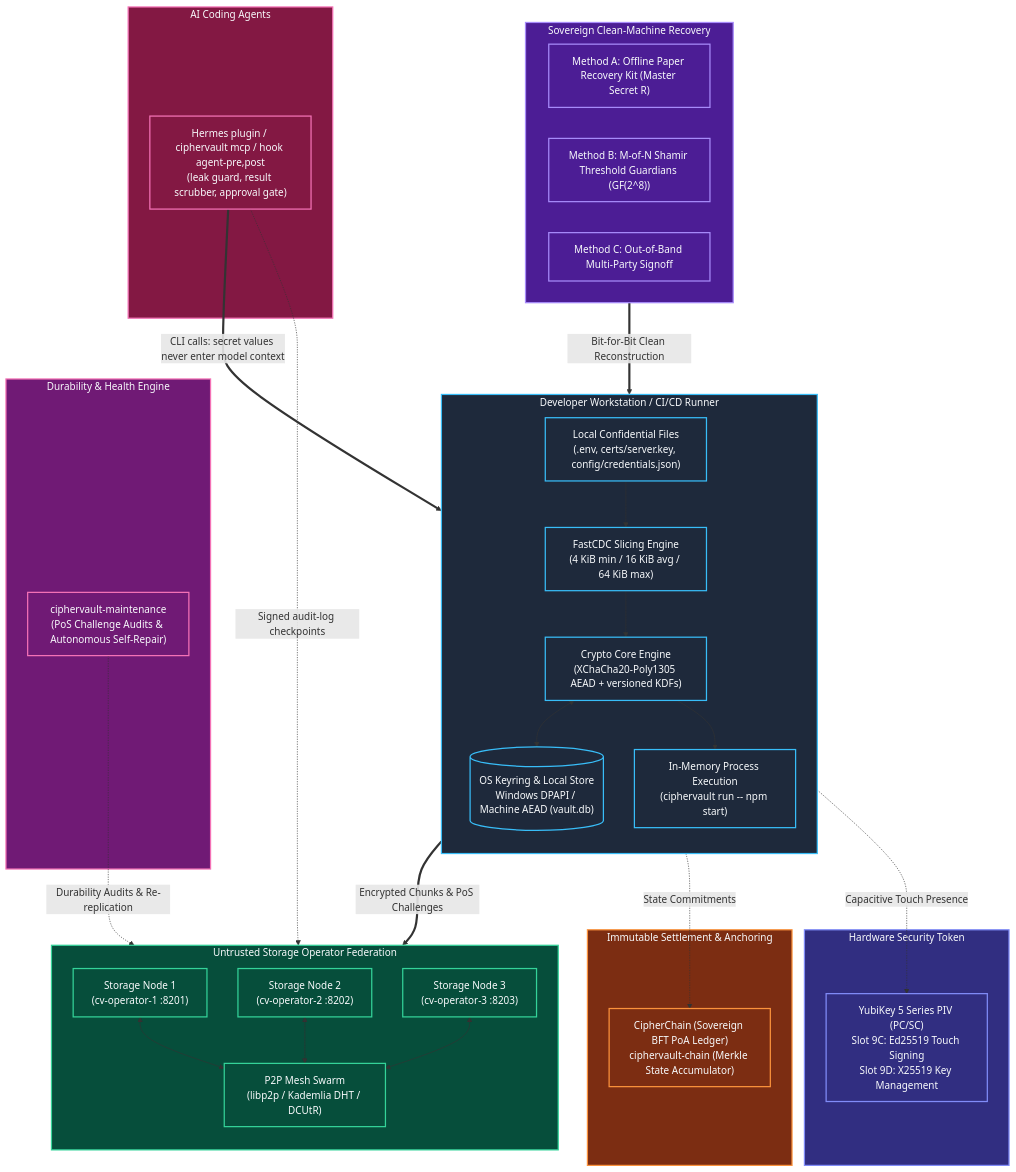
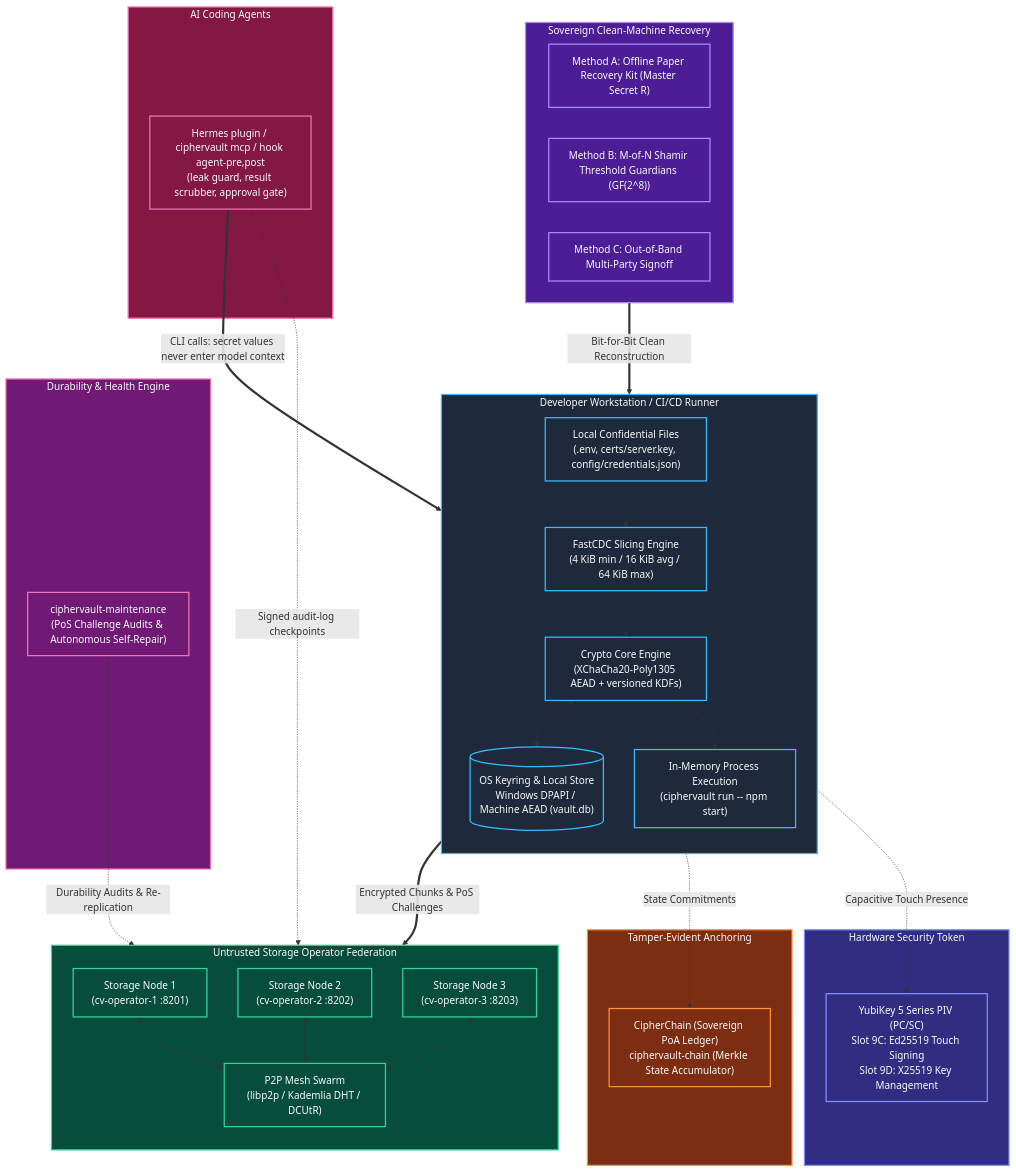
Before and after one commit to samuel-1-avson/CipherVault: the first of 2 diagrams in README.md, drawn with Mermaid. The commit also changed other lines of this file and 7 other files, not shown here.

````diff
--- a/README.md
+++ b/README.md
@@ -81,73 +81,73 @@
 ```mermaid
 flowchart TB
     subgraph Workstation ["Developer Workstation / CI/CD Runner"]
         direction TB
         Files["Local Confidential Files\n(.env, certs/server.key, config/credentials.json)"]
         FastCDC["FastCDC Slicing Engine\n(4 KiB min / 16 KiB avg / 64 KiB max)"]
         Crypto["Crypto Core Engine\n(XChaCha20-Poly1305 AEAD + versioned KDFs)"]
         Keyring[("OS Keyring & Local Store\nWindows DPAPI / Machine AEAD (vault.db)")]
         ZeroDisk["In-Memory Process Execution\n(ciphervault run -- npm start)"]
         
         Files --> FastCDC --> Crypto
         Crypto <--> Keyring
         Crypto --> ZeroDisk
     end
 
     subgraph Hardware ["Hardware Security Token"]
         YubiKey["YubiKey 5 Series PIV (PC/SC)\nSlot 9C: Ed25519 Touch Signing\nSlot 9D: X25519 Key Management"]
     end
 
     subgraph Operators ["Untrusted Storage Operator Federation"]
         direction TB
         OP1["Storage Node 1\n(cv-operator-1 :8201)"]
         OP2["Storage Node 2\n(cv-operator-2 :8202)"]
         OP3["Storage Node 3\n(cv-operator-3 :8203)"]
         P2P["P2P Mesh Swarm\n(libp2p / Kademlia DHT / DCUtR)"]
         
         OP1 <--> P2P
         OP2 <--> P2P
         OP3 <--> P2P
     end
 
     subgraph Maintenance ["Durability & Health Engine"]
         MaintDaemon["ciphervault-maintenance\n(PoS Challenge Audits & Autonomous Self-Repair)"]
     end
 
-    subgraph Settlement ["Immutable Settlement & Anchoring"]
-        CipherChain["CipherChain (Sovereign BFT PoA Ledger)\nciphervault-chain (Merkle State Accumulator)"]
+    subgraph Settlement ["Tamper-Evident Anchoring"]
+        CipherChain["CipherChain (Sovereign PoA Ledger)\nciphervault-chain (Merkle State Accumulator)"]
     end
 
     subgraph Recovery ["Sovereign Clean-Machine Recovery"]
         PaperKit["Method A: Offline Paper Recovery Kit (Master Secret R)"]
         Shamir["Method B: M-of-N Shamir Threshold Guardians (GF(2^8))"]
         Approval["Method C: Out-of-Band Multi-Party Signoff"]
     end
 
     subgraph Agents ["AI Coding Agents"]
         AgentGuard["Hermes plugin / ciphervault mcp / hook agent-pre,post\n(leak guard, result scrubber, approval gate)"]
     end
 
     Crypto -.->|Capacitive Touch Presence| YubiKey
     AgentGuard ==>|"CLI calls: secret values never enter model context"| Crypto
     AgentGuard -.->|"Signed audit-log checkpoints"| Operators
     Crypto ==>|Encrypted Chunks & PoS Challenges| Operators
     MaintDaemon -.->|Durability Audits & Re-replication| Operators
     Crypto -.->|State Commitments| CipherChain
     Recovery ==>|Bit-for-Bit Clean Reconstruction| Workstation
 
     classDef client fill:#1e293b,stroke:#38bdf8,stroke-width:2px,color:#f8fafc;
     classDef hsm fill:#312e81,stroke:#818cf8,stroke-width:2px,color:#f8fafc;
     classDef ops fill:#064e3b,stroke:#34d399,stroke-width:2px,color:#f8fafc;
     classDef maint fill:#701a75,stroke:#f472b6,stroke-width:2px,color:#f8fafc;
     classDef l2 fill:#7c2d12,stroke:#fb923c,stroke-width:2px,color:#f8fafc;
     classDef rec fill:#4c1d95,stroke:#a78bfa,stroke-width:2px,color:#f8fafc;
 
     class Workstation,Files,FastCDC,Crypto,Keyring,ZeroDisk client;
     class Hardware,YubiKey hsm;
     class Operators,OP1,OP2,OP3,P2P ops;
     class Maintenance,MaintDaemon maint;
     class Settlement,CipherChain l2;
     class Recovery,PaperKit,Shamir,Approval rec;
     classDef agent fill:#831843,stroke:#f472b6,stroke-width:2px,color:#f8fafc;
     class Agents,AgentGuard agent;
 ```
````
